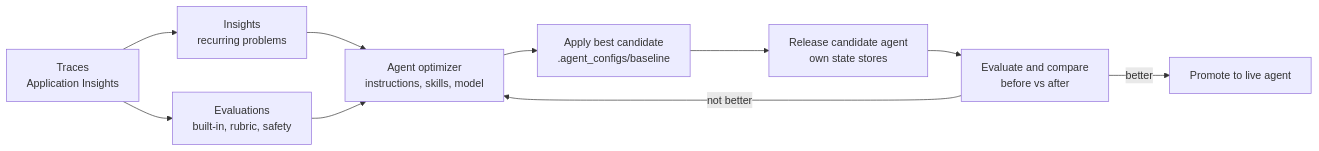
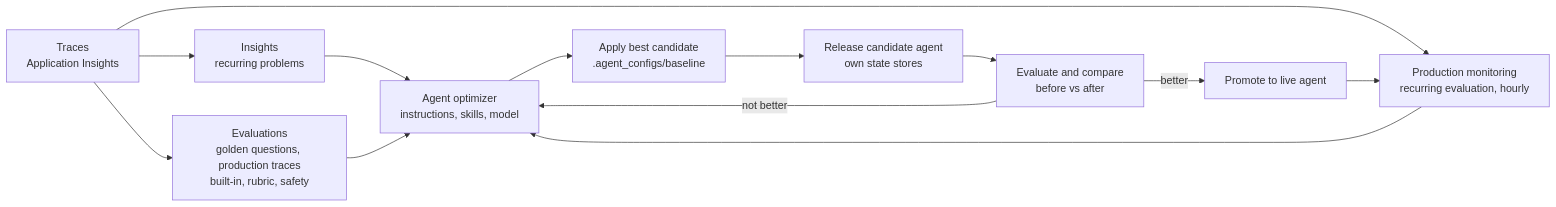
Before and after one commit to dhangerkapil/investment-advisor-agent-microsoft-iq: the diagram in docs/QUALITY-LOOP.md, drawn with Mermaid. The commit also changed other lines of this file and 2 other files, not shown here.

First line of the commit message:
Quality loop on the live agent: rubric, golden questions, hourly production evaluation

````diff
--- a/docs/QUALITY-LOOP.md
+++ b/docs/QUALITY-LOOP.md
@@ -7,12 +7,15 @@
 ```mermaid
 flowchart LR
     T[Traces<br/>Application Insights] --> I[Insights<br/>recurring problems]
-    T --> E[Evaluations<br/>built-in, rubric, safety]
+    T --> E[Evaluations<br/>golden questions, production traces<br/>built-in, rubric, safety]
+    T --> M[Production monitoring<br/>recurring evaluation, hourly]
     I --> O[Agent optimizer<br/>instructions, skills, model]
     E --> O
+    M --> O
     O --> A[Apply best candidate<br/>.agent_configs/baseline]
     A --> R[Release candidate agent<br/>own state stores]
     R --> C[Evaluate and compare<br/>before vs after]
     C -->|better| P[Promote to live agent]
     C -->|not better| O
+    P --> M
 ```
````
